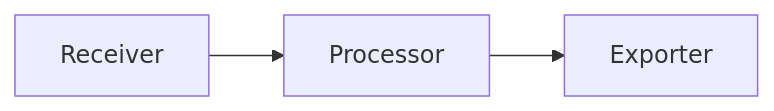
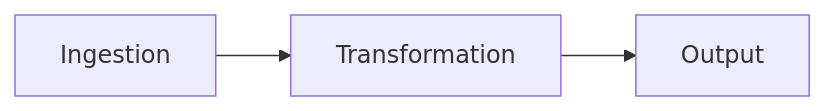
One commit to grafana/alloy changed the diagram in docs/sources/telemetry-flow/_index.md. Above: the diagram before and after it, drawn with Mermaid. The commit also changed other lines of this file and 4 other files, not shown here.

```diff
--- a/docs/sources/telemetry-flow/_index.md
+++ b/docs/sources/telemetry-flow/_index.md
@@ -45,4 +45,4 @@
 {{< mermaid >}}
 flowchart LR
-  Receiver --> Processor --> Exporter
+  Ingestion --> Transformation --> Output
 {{< /mermaid >}}
```
